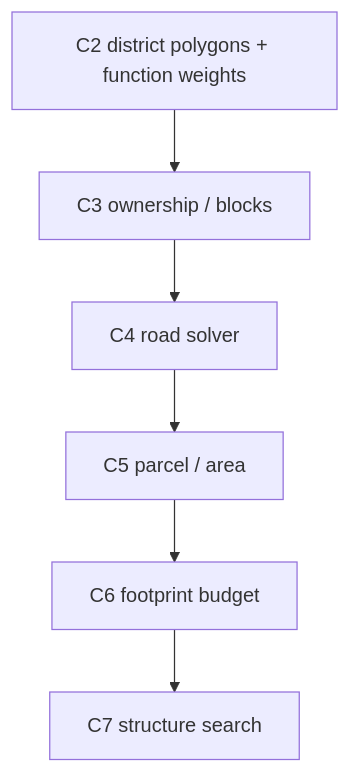
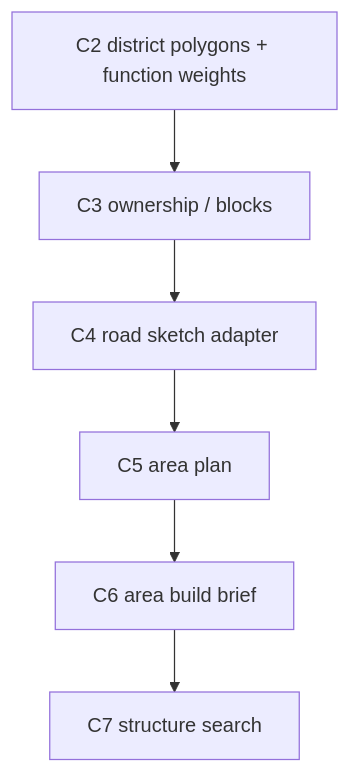
One commit to RinsingEL/designer_territoryMod changed the diagram in docs/10_product/city/c_refactor/功能设计/C2功能权重场.md. Above: the diagram before and after it, drawn with Mermaid. The commit also changed other lines of this file and 17 other files, not shown here.

````diff
--- a/docs/10_product/city/c_refactor/功能设计/C2功能权重场.md
+++ b/docs/10_product/city/c_refactor/功能设计/C2功能权重场.md
@@ -55,8 +55,8 @@
 ```mermaid
 flowchart TD
     A["C2 district polygons + function weights"] --> B["C3 ownership / blocks"]
-    B --> C["C4 road solver"]
-    C --> D["C5 parcel / area"]
-    D --> E["C6 footprint budget"]
+    B --> C["C4 road sketch adapter"]
+    C --> D["C5 area plan"]
+    D --> E["C6 area build brief"]
     E --> F["C7 structure search"]
 ```
````
